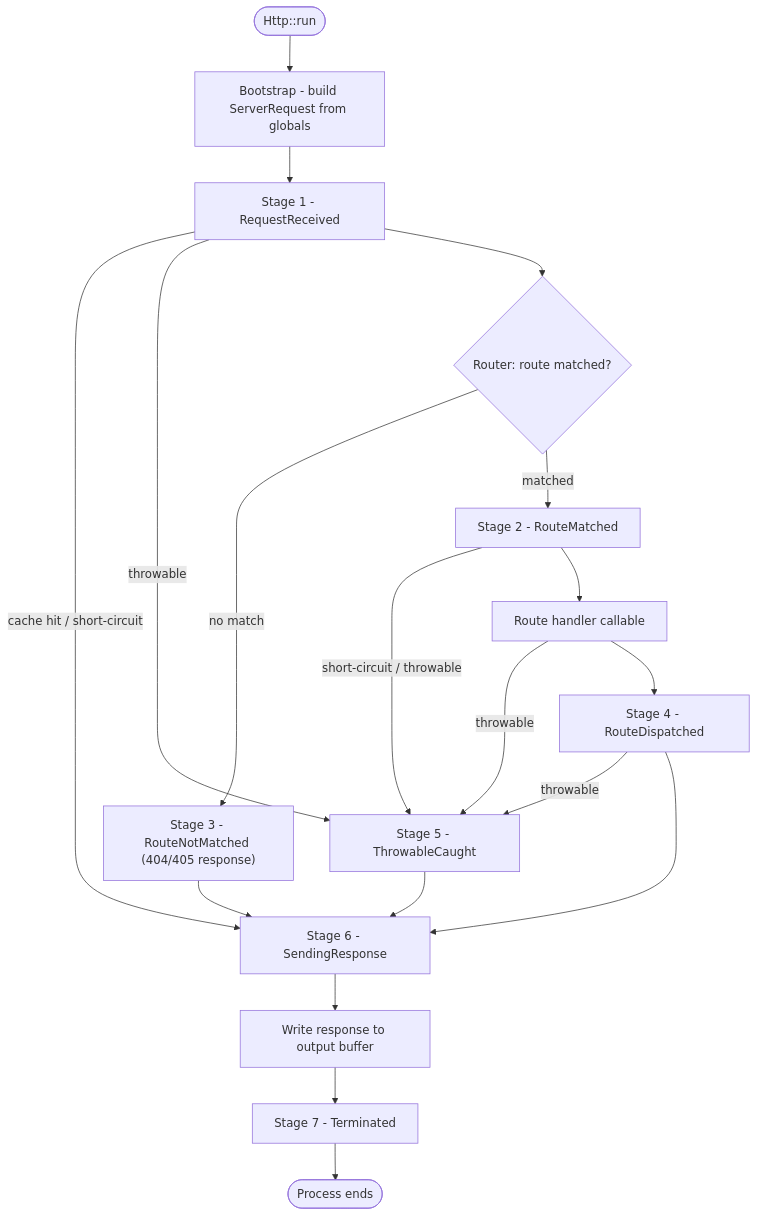
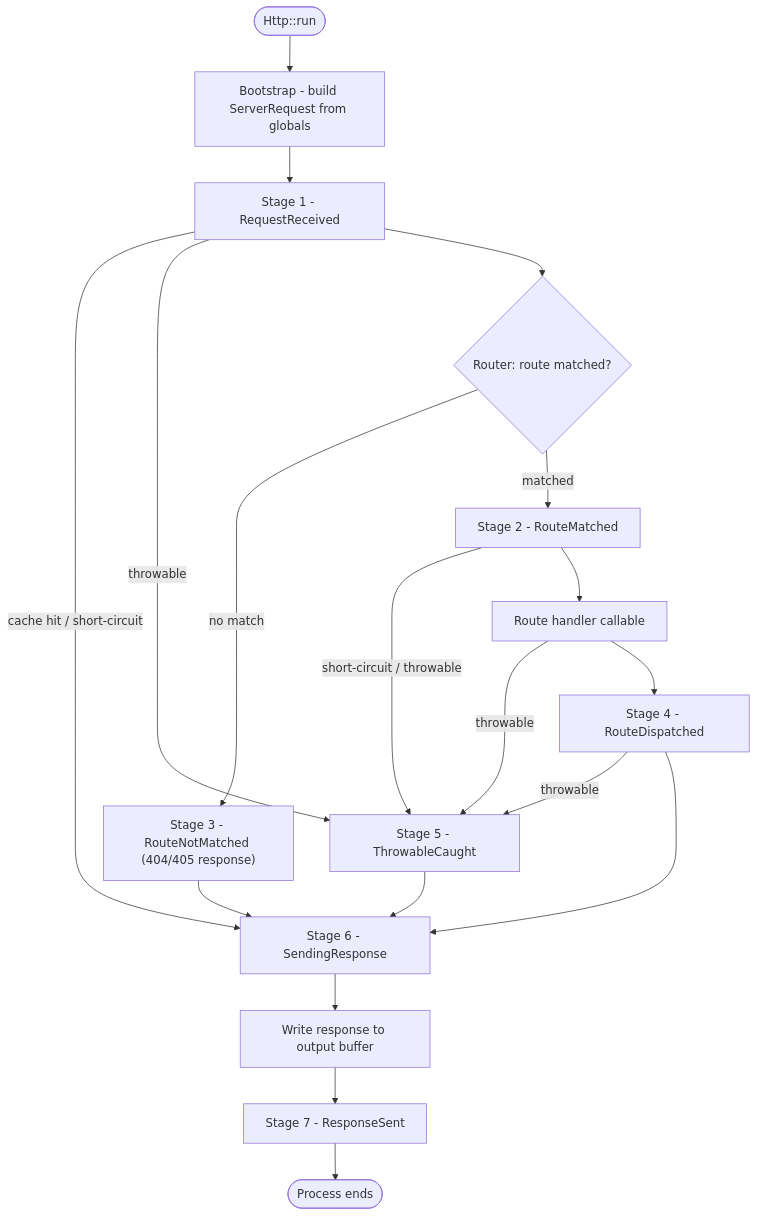
One commit to valkyrjaio/valkyrja changed the diagram in src/Valkyrja/Http/README.md. Above: the diagram before and after it, drawn with Mermaid. The commit also changed other lines of this file and 41 other files, not shown here.

Commit message:
[Http] Rename terminal middleware stage Terminated to ResponseSent.

````diff
--- a/src/Valkyrja/Http/README.md
+++ b/src/Valkyrja/Http/README.md
@@ -882,21 +882,21 @@
 ```mermaid
 flowchart TD
     A([Http::run]) --> B[Bootstrap - build ServerRequest from globals]
     B --> C[Stage 1 - RequestReceived]
     C -->|"cache hit / short-circuit"| G[Stage 6 - SendingResponse]
     C -->|throwable| J[Stage 5 - ThrowableCaught]
     C --> D{"Router: route matched?"}
     D -->|"no match"| E["Stage 3 - RouteNotMatched (404/405 response)"]
     D -->|matched| F[Stage 2 - RouteMatched]
     E --> G
     F -->|"short-circuit / throwable"| J
     F --> H[Route handler callable]
     H -->|throwable| J
     H[Route handler callable] --> I[Stage 4 - RouteDispatched]
     I -->|throwable| J
     I --> G
     J --> G
     G --> K[Write response to output buffer]
-    K --> L[Stage 7 - Terminated]
+    K --> L[Stage 7 - ResponseSent]
     L --> M([Process ends])
 ```
````
